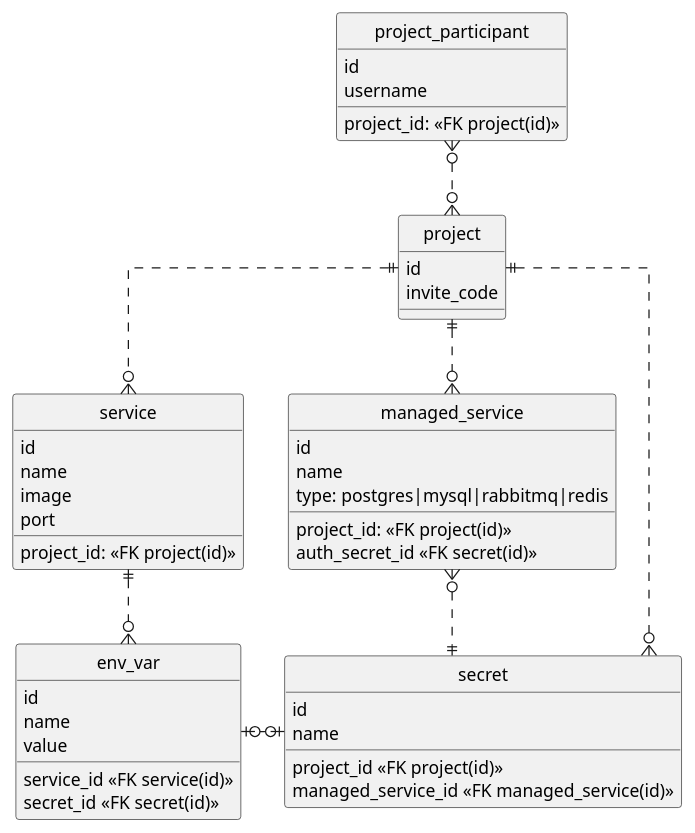
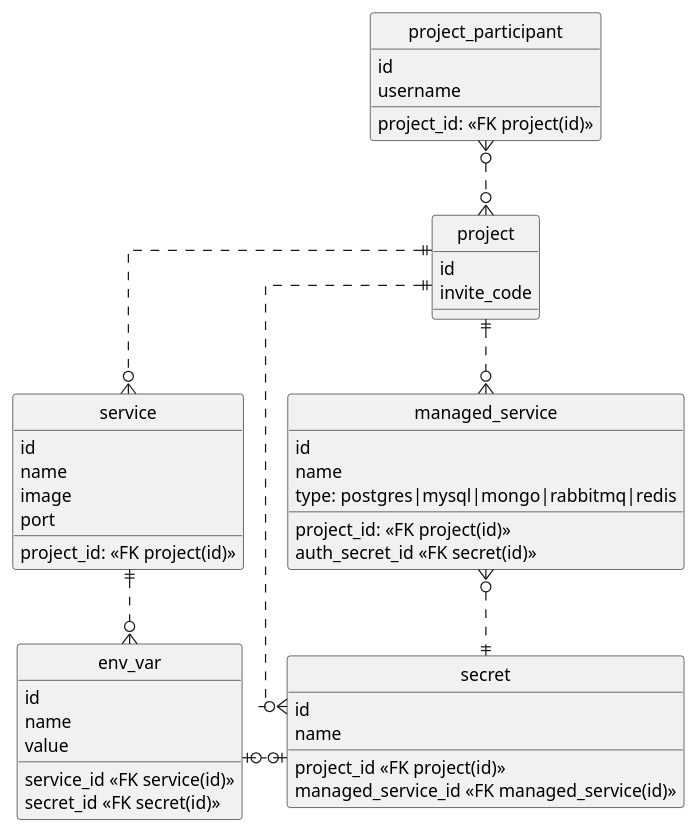
The diagram in docs/db.md (kuzznya/letsdeploy), drawn with PlantUML before and after one commit. The commit also changed 2 other files, not shown here.

Commit message:
feat: Impliment mongo managment service

````diff
--- a/docs/db.md
+++ b/docs/db.md
@@ -3,60 +3,60 @@
 ```plantuml
 @startuml
 ' hide the spot
 hide circle
 
 ' avoid problems with angled crows feet
 skinparam linetype ortho
 
 entity project {
   id
   invite_code
 }
 
 entity project_participant {
   id 
   project_id: <<FK project(id)>>
   username
 }
 
 entity service {
   id
   project_id: <<FK project(id)>>
   name
   image
   port
 }
 
 entity managed_service {
   id
   project_id: <<FK project(id)>>
   name
-  type: postgres|mysql|rabbitmq|redis
+  type: postgres|mysql|mongo|rabbitmq|redis
   auth_secret_id <<FK secret(id)>>
 }
 
 entity env_var {
   id
   service_id <<FK service(id)>>
   name
   value
   secret_id <<FK secret(id)>>
 }
 
 entity secret {
   id
   project_id <<FK project(id)>>
   name
   managed_service_id <<FK managed_service(id)>>
 }
 
 project }o.up.o{ project_participant
 project ||..o{ service
 project ||..o{ managed_service
 service ||..o{ env_var
 env_var |o.right.o| secret
 project ||..o{ secret
 secret ||.up.o{ managed_service
 
 @enduml
 ```
````
